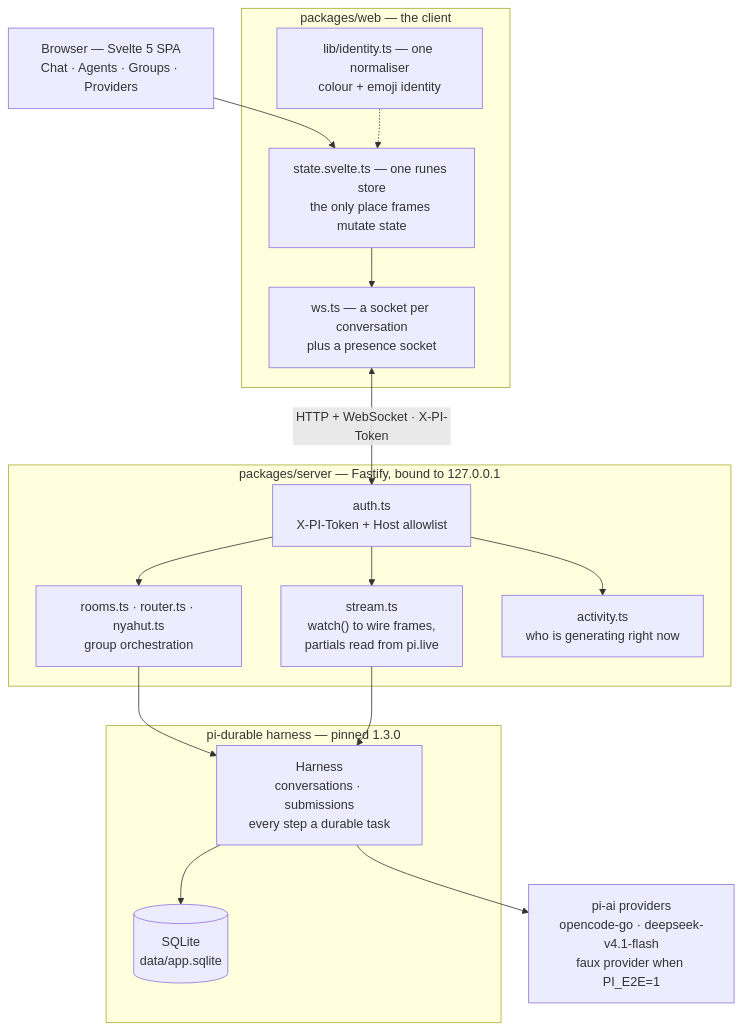
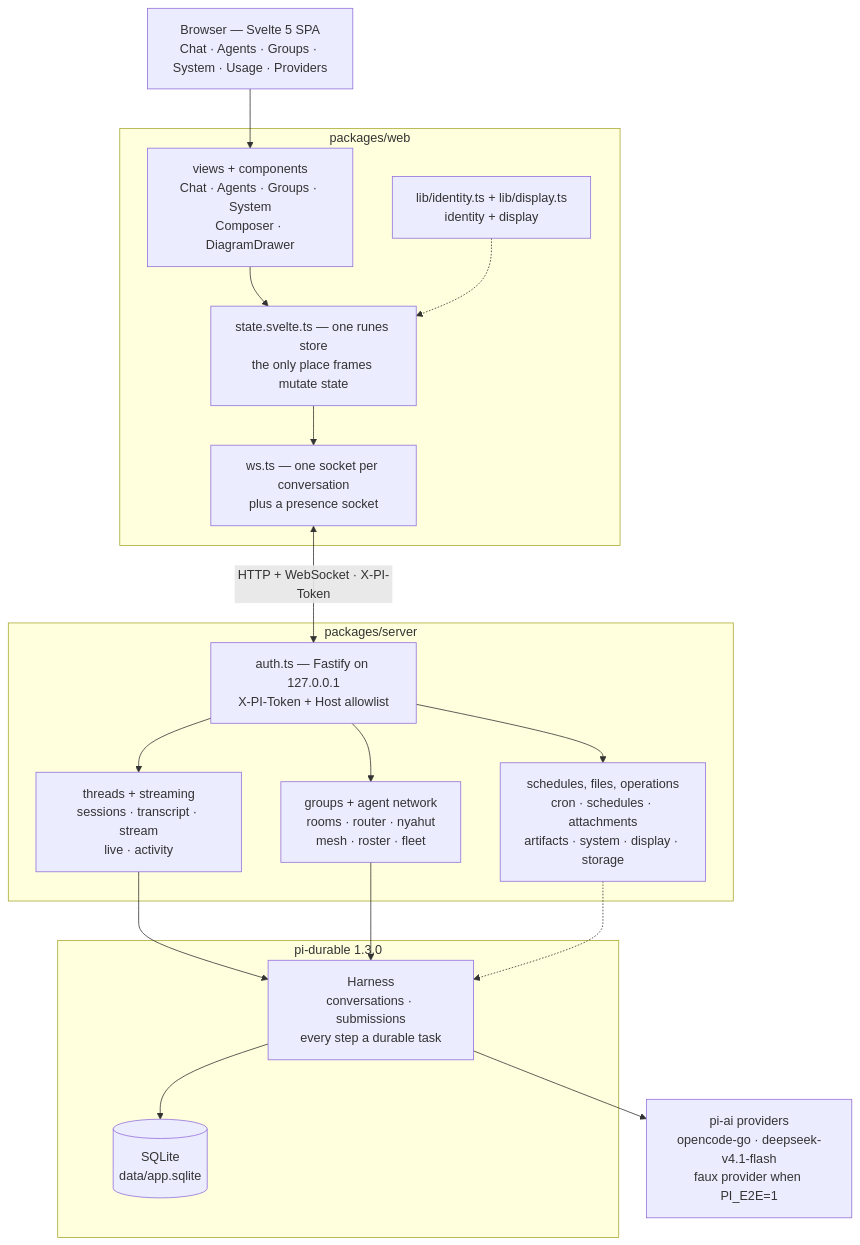
Before and after one commit to mariobgsp/articles: the diagram in durable-agents.md, drawn with Mermaid. The commit also changed other lines of this file and 11 other files, not shown here.

````diff
--- a/durable-agents.md
+++ b/durable-agents.md
@@ -82,36 +66,39 @@
 ```mermaid
 flowchart TD
-  U["Browser — Svelte 5 SPA<br/>Chat · Agents · Groups · Providers"]
+  U["Browser — Svelte 5 SPA<br/>Chat · Agents · Groups · System · Usage · Providers"]
 
-  subgraph WEB["packages/web — the client"]
+  subgraph WEB["packages/web"]
+    VIEWS["views + components<br/>Chat · Agents · Groups · System<br/>Composer · DiagramDrawer"]
     ST["state.svelte.ts — one runes store<br/>the only place frames mutate state"]
-    WS["ws.ts — a socket per conversation<br/>plus a presence socket"]
-    ID["lib/identity.ts — one normaliser<br/>colour + emoji identity"]
+    WS["ws.ts — one socket per conversation<br/>plus a presence socket"]
+    ID["lib/identity.ts + lib/display.ts<br/>identity + display"]
   end
 
-  subgraph SRV["packages/server — Fastify, bound to 127.0.0.1"]
-    AUTH["auth.ts<br/>X-PI-Token + Host allowlist"]
-    ROOMS["rooms.ts · router.ts · nyahut.ts<br/>group orchestration"]
-    STREAM["stream.ts<br/>watch() to wire frames,<br/>partials read from pi.live"]
-    ACT["activity.ts<br/>who is generating right now"]
+  subgraph SRV["packages/server"]
+    AUTH["auth.ts — Fastify on 127.0.0.1<br/>X-PI-Token + Host allowlist"]
+    CORE["threads + streaming<br/>sessions · transcript · stream<br/>live · activity"]
+    ORCH["groups + agent network<br/>rooms · router · nyahut<br/>mesh · roster · fleet"]
+    OPS["schedules, files, operations<br/>cron · schedules · attachments<br/>artifacts · system · display · storage"]
   end
 
-  subgraph DUR["pi-durable harness — pinned 1.3.0"]
+  subgraph DUR["pi-durable 1.3.0"]
     H["Harness<br/>conversations · submissions<br/>every step a durable task"]
     DB[("SQLite<br/>data/app.sqlite")]
     H --> DB
   end
 
   LLM["pi-ai providers<br/>opencode-go · deepseek-v4.1-flash<br/>faux provider when PI_E2E=1"]
 
-  U --> ST
+  U --> VIEWS
+  VIEWS --> ST
   ST --> WS
+  ID -.-> ST
   WS <-->|"HTTP + WebSocket · X-PI-Token"| AUTH
-  AUTH --> ROOMS
-  AUTH --> STREAM
-  AUTH --> ACT
-  ROOMS --> H
-  STREAM --> H
-  ID -.-> ST
+  AUTH --> CORE
+  AUTH --> ORCH
+  AUTH --> OPS
+  CORE --> H
+  ORCH --> H
+  OPS -.-> H
   H --> LLM
 ```
````
